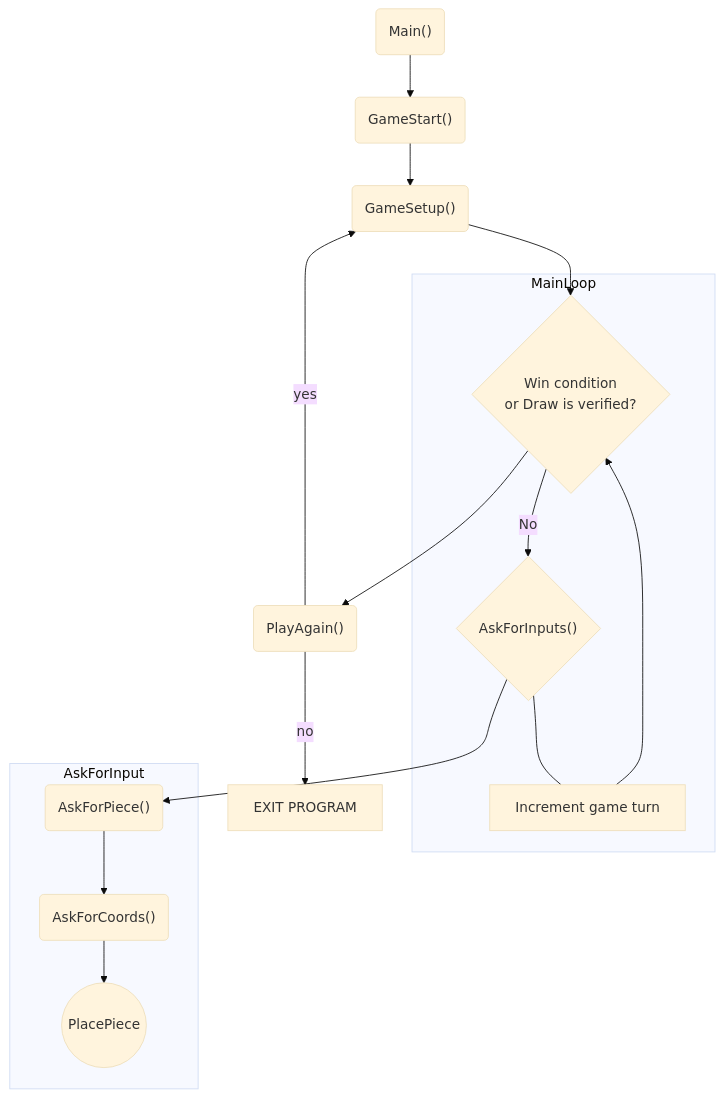
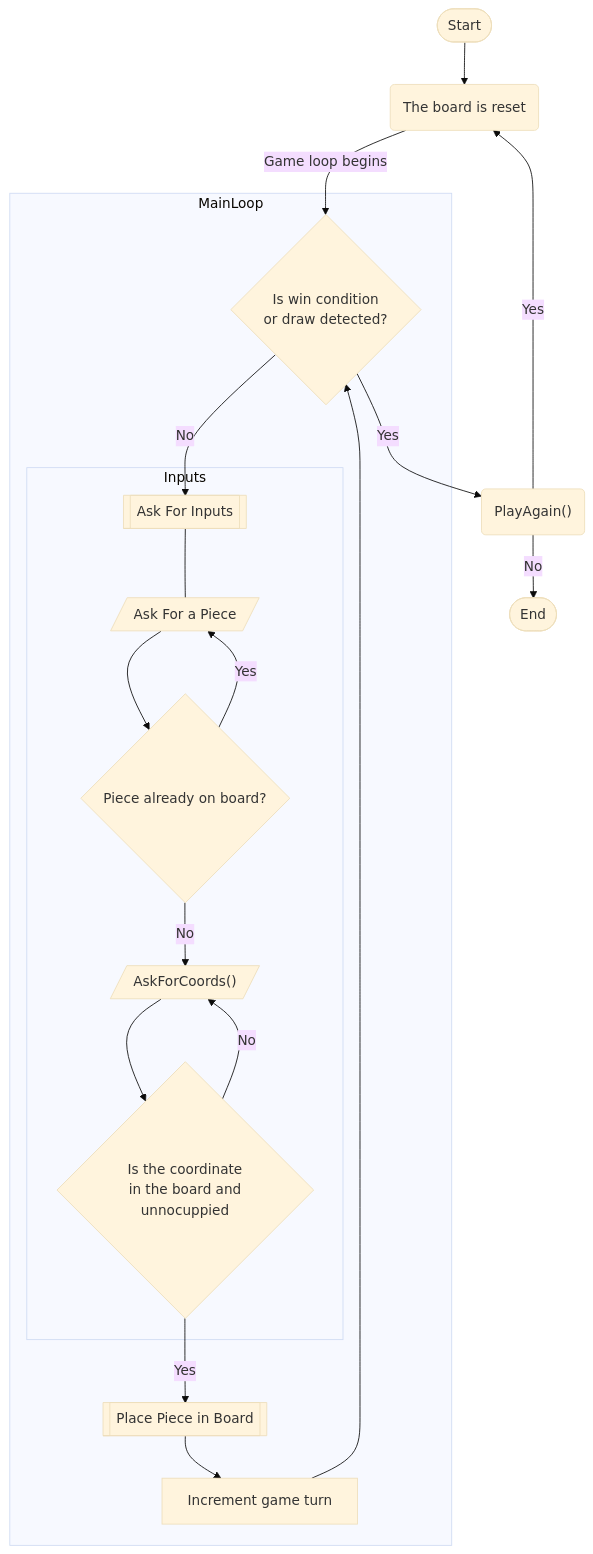
Before and after one commit to Juhhxx/GaloDaVelha_LP1: the diagram in README.md, drawn with Mermaid (base theme).

Commit message:
Update the fluxogram

````diff
--- a/README.md
+++ b/README.md
@@ -63,18 +63,21 @@
 ```mermaid
 graph TB
-    A("Main()") --> B("GameStart()") --> C("GameSetup()")
-    C --> D{Win condition\nor Draw is verified?}
+A(["Start"]) --> C("The board is reset")
+    C -- Game loop begins --> D{Is win condition\nor draw detected?}
     subgraph MainLoop
-
-      D -- No --> F{"AskForInputs()"}
-      F --- J[Increment game turn] --> D
-
+        D -- No --> F[["Ask For Inputs"]]
+        subgraph Inputs
+        F --- G[/"Ask For a Piece"/]
+        G --> K{"Piece already on board?"} 
+        K -- No --> I[/"AskForCoords()"/]
+        K --Yes --> G
+        I --> Q{Is the coordinate\n in the board and unnocuppied}
+        end
+        Q -- Yes --> M[[Place Piece in Board]]
+        Q -- No --> I
+        M --> J[Increment game turn] --> D
     end
-    subgraph AskForInput
-      F --> G("AskForPiece()")
-      G--> H("AskForCoords()") -->I((PlacePiece))
-    end
-    D --> E("PlayAgain()") 
-    E("PlayAgain()") -- yes --> C
-    E("PlayAgain()") -- no --> K[EXIT PROGRAM]
+    D -- Yes --> E("PlayAgain()") 
+    E -- Yes --> C
+    E -- No --> P([End]) 
 ```
````
